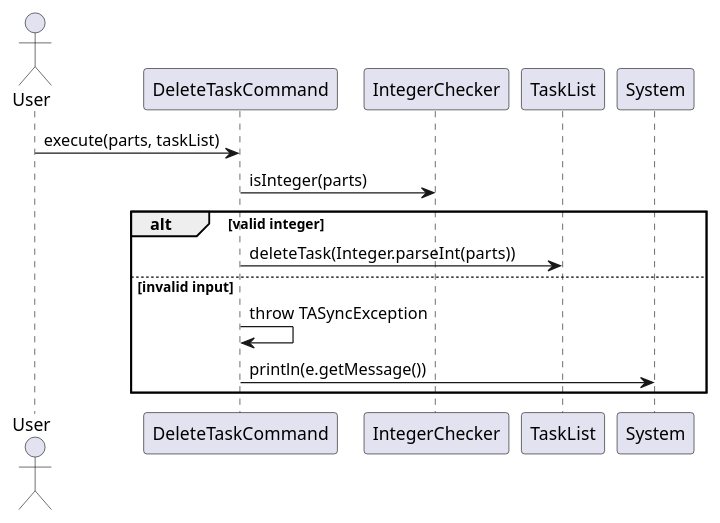
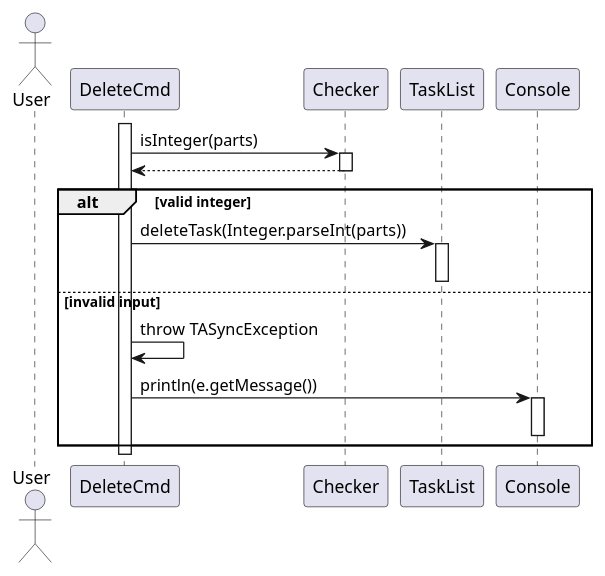
The diagram in docs/diagrams/tasklistcommands/DeleteTaskCommandSequenceDiagram.puml (wongyihao02/tp), drawn with PlantUML before and after one commit. The commit also changed 19 other files, not shown here.

Commit message:
Add activation bar for task command sequence diagrams

```diff
--- a/docs/diagrams/tasklistcommands/DeleteTaskCommandSequenceDiagram.puml
+++ b/docs/diagrams/tasklistcommands/DeleteTaskCommandSequenceDiagram.puml
@@ -1,21 +1,24 @@
 @startuml
 'https://plantuml.com/sequence-diagram
 
 actor User
-
-participant "DeleteTaskCommand" as DeleteCmd
-participant "IntegerChecker" as Checker
-participant "TaskList" as TaskList
-participant "System" as Console
-
-User -> DeleteCmd : execute(parts, taskList)
+activate DeleteCmd
 
 DeleteCmd -> Checker : isInteger(parts)
+activate Checker
+Checker --> DeleteCmd
+deactivate Checker
+
 alt valid integer
     DeleteCmd -> TaskList : deleteTask(Integer.parseInt(parts))
+    activate TaskList
+    deactivate TaskList
 else invalid input
     DeleteCmd -> DeleteCmd : throw TASyncException
     DeleteCmd -> Console : println(e.getMessage())
+    activate Console
+    deactivate Console
 end
 
+deactivate DeleteCmd
 @enduml
```
